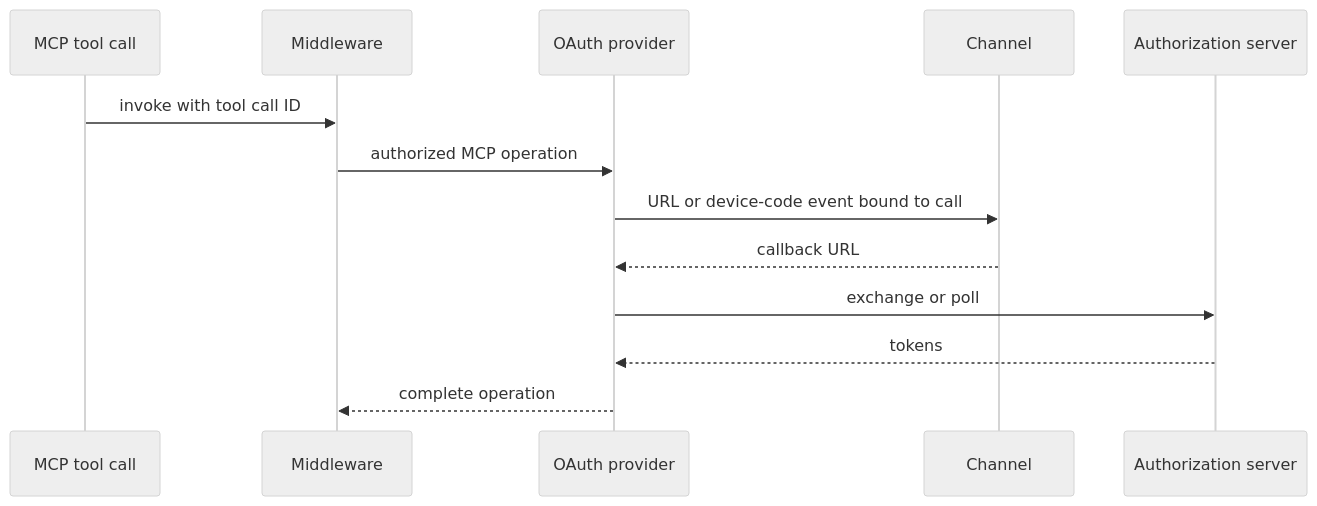
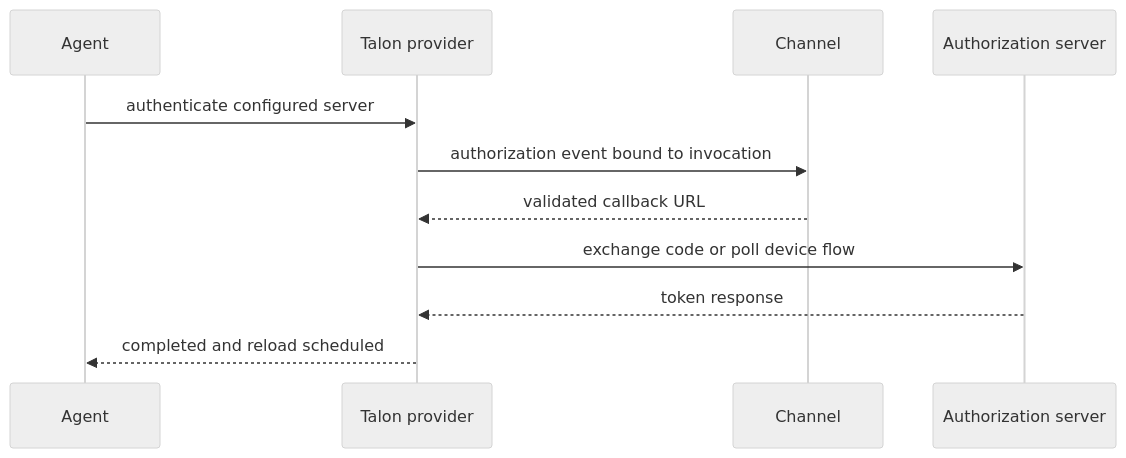
One commit to langchain-ai/deepagents changed the third of 3 diagrams in openwiki/integrations/mcp.md. Above: the diagram before and after it, drawn with Mermaid (neutral theme). The commit also changed other lines of this file and 22 other files, not shown here.

````diff
--- a/openwiki/integrations/mcp.md
+++ b/openwiki/integrations/mcp.md
@@ -74,15 +89,13 @@
 ```mermaid
 sequenceDiagram
-    participant Tool as MCP tool call
-    participant Middleware
-    participant Provider as OAuth provider
+    participant Agent
+    participant Provider as Talon provider
     participant Channel
     participant Auth as Authorization server
-    Tool->>Middleware: invoke with tool call ID
-    Middleware->>Provider: authorized MCP operation
-    Provider->>Channel: URL or device-code event bound to call
-    Channel-->>Provider: callback URL
-    Provider->>Auth: exchange or poll
-    Auth-->>Provider: tokens
-    Provider-->>Middleware: complete operation
+    Agent->>Provider: authenticate configured server
+    Provider->>Channel: authorization event bound to invocation
+    Channel-->>Provider: validated callback URL
+    Provider->>Auth: exchange code or poll device flow
+    Auth-->>Provider: token response
+    Provider-->>Agent: completed and reload scheduled
 ```
````
